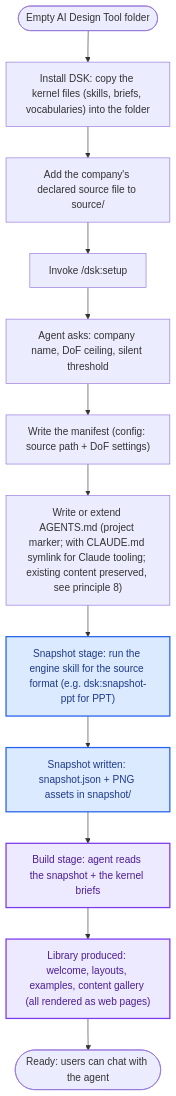
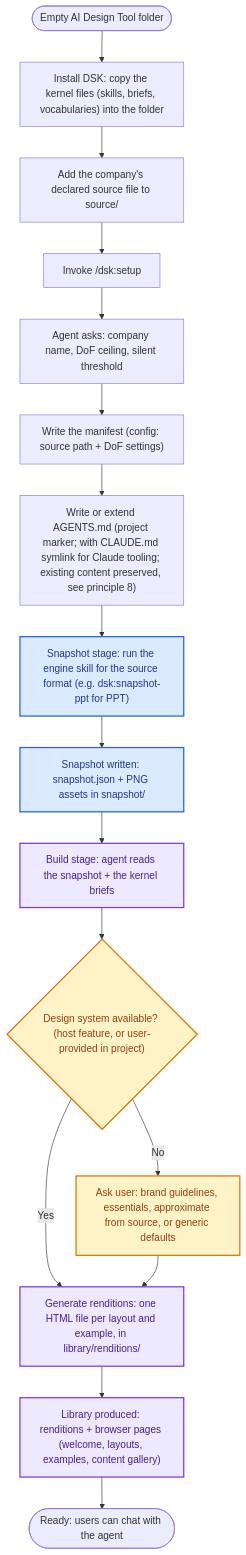
The second of 4 diagrams in dsk/skills/context/lifecycles.md (dawid-dahl-umain/design-system-kernel), drawn with Mermaid before and after one commit. The commit also changed other lines of this file and 7 other files, not shown here.

Commit message:
Introduce renditions as a first-class build output: web-rendered layouts/examples reused by compose, with pause-for-design-system input when no design system is available (bump 0.2.0)

````diff
--- a/dsk/skills/context/lifecycles.md
+++ b/dsk/skills/context/lifecycles.md
@@ -55,19 +56,25 @@
 ```mermaid
 flowchart TD
     Start([Empty AI Design Tool folder]) --> InstallKernel["Install DSK: copy the kernel files (skills, briefs, vocabularies) into the folder"]
     InstallKernel --> AddSource["Add the company's declared source file to source/"]
     AddSource --> RunSetup["Invoke /dsk:setup"]
     RunSetup --> AskConfig["Agent asks: company name, DoF ceiling, silent threshold"]
     AskConfig --> WriteManifest["Write the manifest (config: source path + DoF settings)"]
     WriteManifest --> WriteAgentsMd["Write or extend AGENTS.md (project marker; with CLAUDE.md symlink for Claude tooling; existing content preserved, see principle 8)"]
     WriteAgentsMd --> RunSnapshot["Snapshot stage: run the engine skill for the source format (e.g. dsk:snapshot-ppt for PPT)"]
     RunSnapshot --> SnapshotWritten["Snapshot written: snapshot.json + PNG assets in snapshot/"]
     SnapshotWritten --> Build["Build stage: agent reads the snapshot + the kernel briefs"]
-    Build --> LibraryProduced["Library produced: welcome, layouts, examples, content gallery (all rendered as web pages)"]
+    Build --> CheckDS{"Design system available? (host feature, or user-provided in project)"}
+    CheckDS -->|Yes| Renditions["Generate renditions: one HTML file per layout and example, in library/renditions/"]
+    CheckDS -->|No| AskUser["Ask user: brand guidelines, essentials, approximate from source, or generic defaults"]
+    AskUser --> Renditions
+    Renditions --> LibraryProduced["Library produced: renditions + browser pages (welcome, layouts, examples, content gallery)"]
     LibraryProduced --> Ready([Ready: users can chat with the agent])
 
     classDef snapshotStage fill:#dbeafe,stroke:#2563eb,stroke-width:2px,color:#1e3a8a
     classDef buildStage    fill:#ede9fe,stroke:#7c3aed,stroke-width:2px,color:#4c1d95
+    classDef clarify       fill:#fef3c7,stroke:#d97706,stroke-width:2px,color:#92400e
     class RunSnapshot,SnapshotWritten snapshotStage
-    class Build,LibraryProduced buildStage
+    class Build,Renditions,LibraryProduced buildStage
+    class CheckDS,AskUser clarify
 ```
````
